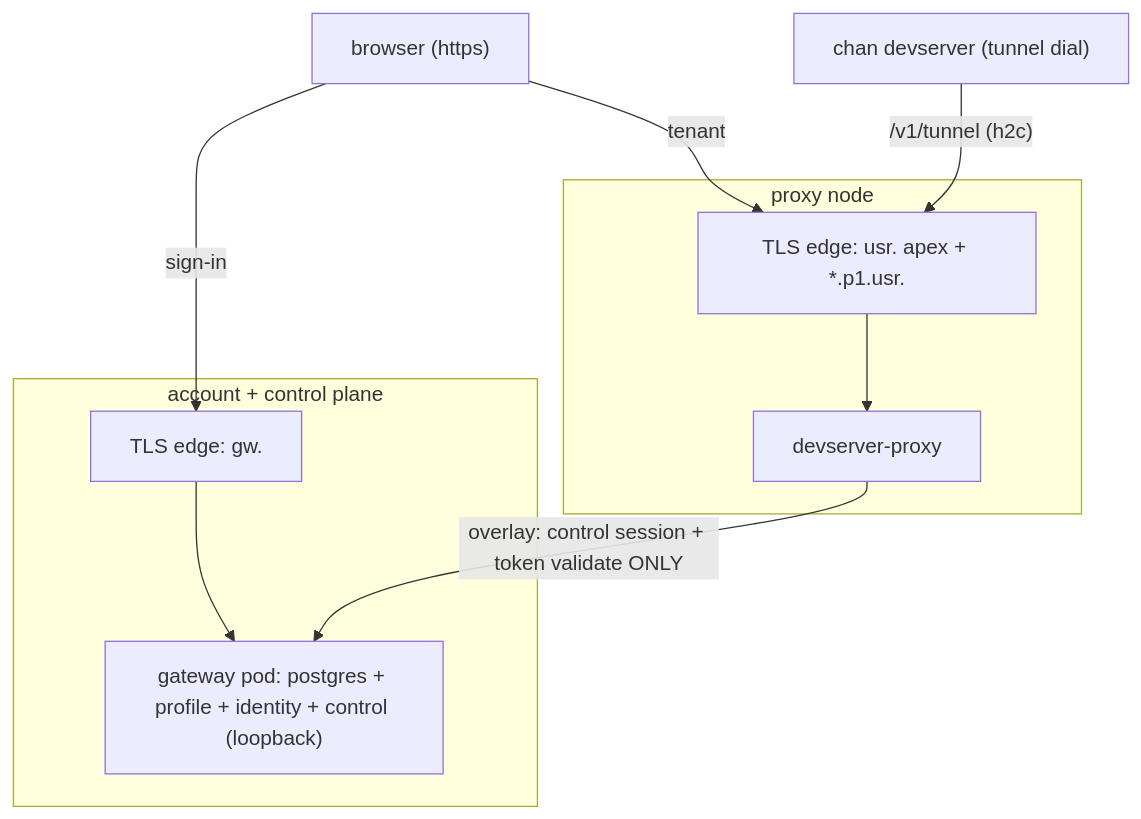
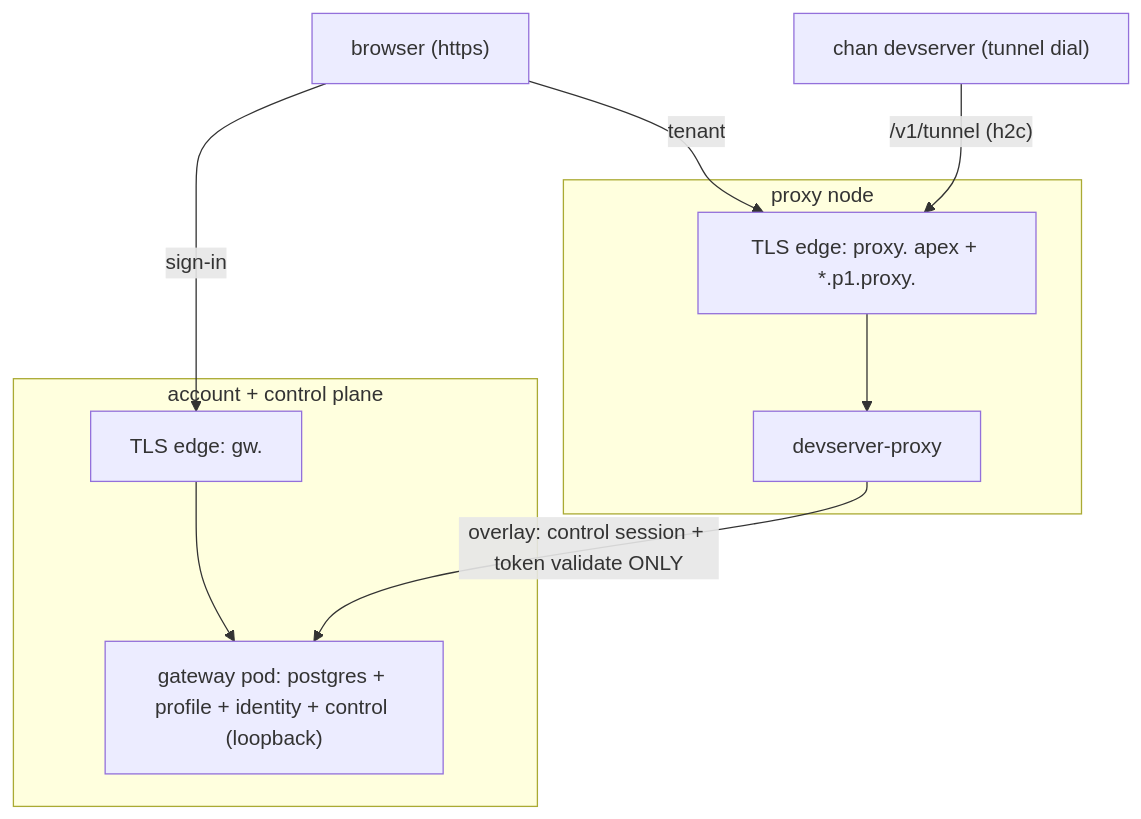
One commit to fiorix/chan changed the diagram in gateway/docs/dev-setup.md. Above: the diagram before and after it, drawn with Mermaid. The commit also changed other lines of this file and 70 other files, not shown here.

First line of the commit message:
docs,fix(gateway): the tunnel namespace renames from usr.{domain} to proxy.{domain}

````diff
--- a/gateway/docs/dev-setup.md
+++ b/gateway/docs/dev-setup.md
@@ -23,17 +23,17 @@
 ```mermaid
 flowchart TB
     browser["browser (https)"]
     devsrv["chan devserver (tunnel dial)"]
     subgraph account["account + control plane"]
         gwnginx["TLS edge: gw.<domain>"]
         pod["gateway pod: postgres + profile + identity + control (loopback)"]
     end
     subgraph node["proxy node"]
-        pnginx["TLS edge: usr.<domain> apex + *.p1.usr.<domain>"]
+        pnginx["TLS edge: proxy.<domain> apex + *.p1.proxy.<domain>"]
         proxy["devserver-proxy"]
     end
     browser -->|"sign-in"| gwnginx --> pod
     browser -->|"tenant"| pnginx --> proxy
     devsrv -->|"/v1/tunnel (h2c)"| pnginx
     proxy -->|"overlay: control session + token validate ONLY"| pod
 ```
````
